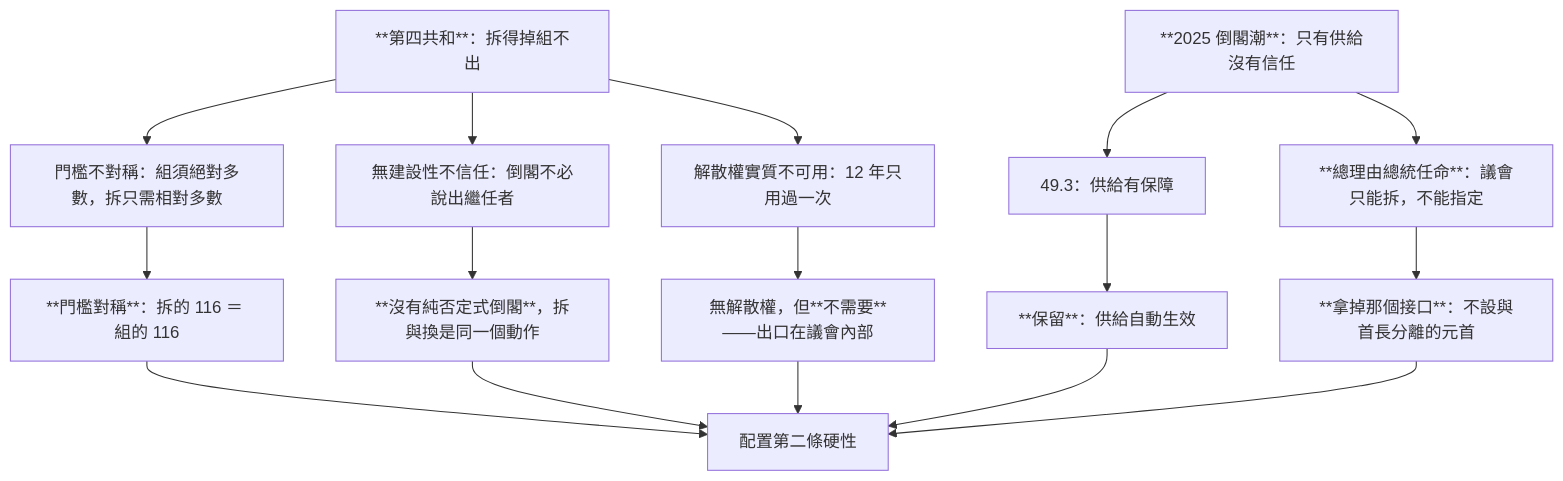
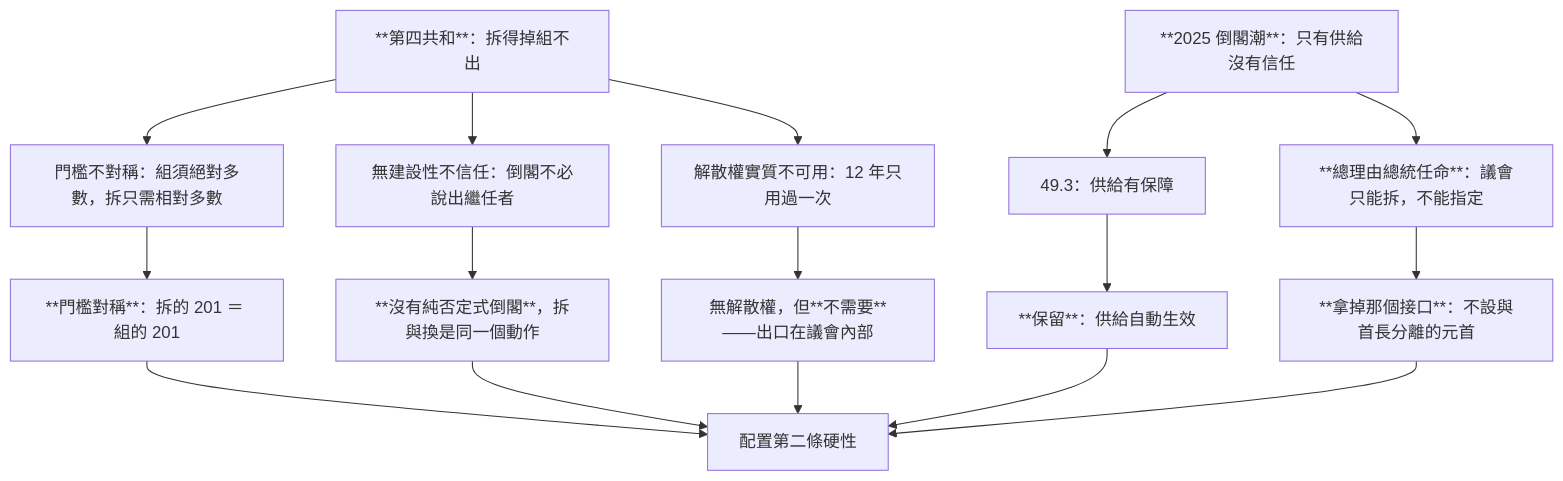
The second of 10 diagrams in topics/regime-designs/designs/法國/一院議會制/憲政架構圖.md (IRonROOT578/Political-Economy-Research-Public), drawn with Mermaid before and after one commit. The commit also changed other lines of this file and 241 other files, not shown here.

````diff
--- a/topics/regime-designs/designs/法國/一院議會制/憲政架構圖.md
+++ b/topics/regime-designs/designs/法國/一院議會制/憲政架構圖.md
@@ -29,18 +29,18 @@
 ```mermaid
 flowchart TD
   P1[**第四共和**：拆得掉組不出] --> M1[門檻不對稱：組須絕對多數，拆只需相對多數]
   P1 --> M2[無建設性不信任：倒閣不必說出繼任者]
   P1 --> M3[解散權實質不可用：12 年只用過一次]
   P2[**2025 倒閣潮**：只有供給沒有信任] --> M4[49.3：供給有保障]
   P2 --> M5[**總理由總統任命**：議會只能拆，不能指定]
-  M1 --> R1[**門檻對稱**：拆的 116 ＝ 組的 116]
+  M1 --> R1[**門檻對稱**：拆的 201 ＝ 組的 201]
   M2 --> R2[**沒有純否定式倒閣**，拆與換是同一個動作]
   M3 --> R3[無解散權，但**不需要**——出口在議會內部]
   M4 --> R4[**保留**：供給自動生效]
   M5 --> R5[**拿掉那個接口**：不設與首長分離的元首]
   R1 --> OK[配置第二條硬性]
   R2 --> OK
   R3 --> OK
   R4 --> OK
   R5 --> OK
 ```
````
